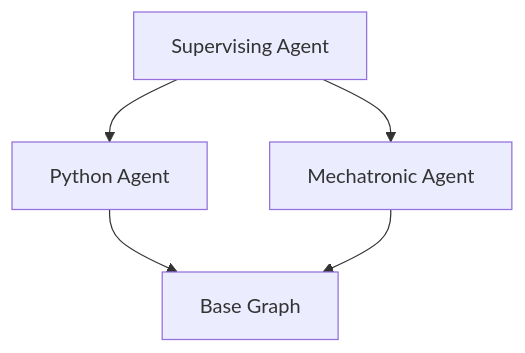
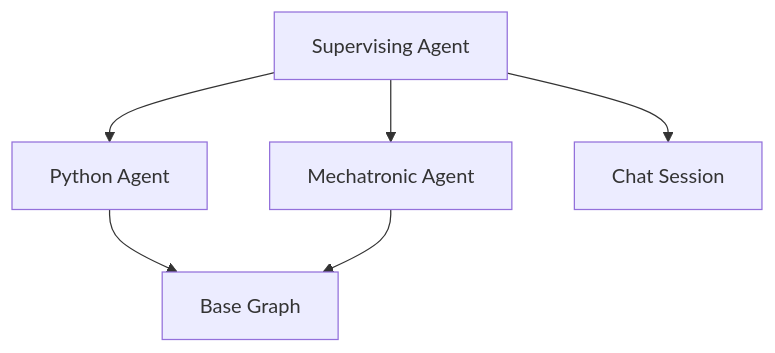
Before and after one commit to rohith4444/VITA: the diagram in documentation/agents.md, drawn with Mermaid. The commit also changed other lines of this file and 2 other files, not shown here.

````diff
--- a/documentation/agents.md
+++ b/documentation/agents.md
@@ -7,7 +7,8 @@
 ```mermaid
 graph TD
     SA[Supervising Agent] --> PA[Python Agent]
     SA --> MA[Mechatronic Agent]
     PA --> BG[Base Graph]
     MA --> BG
+    SA --> CS[Chat Session]
 ```
````
